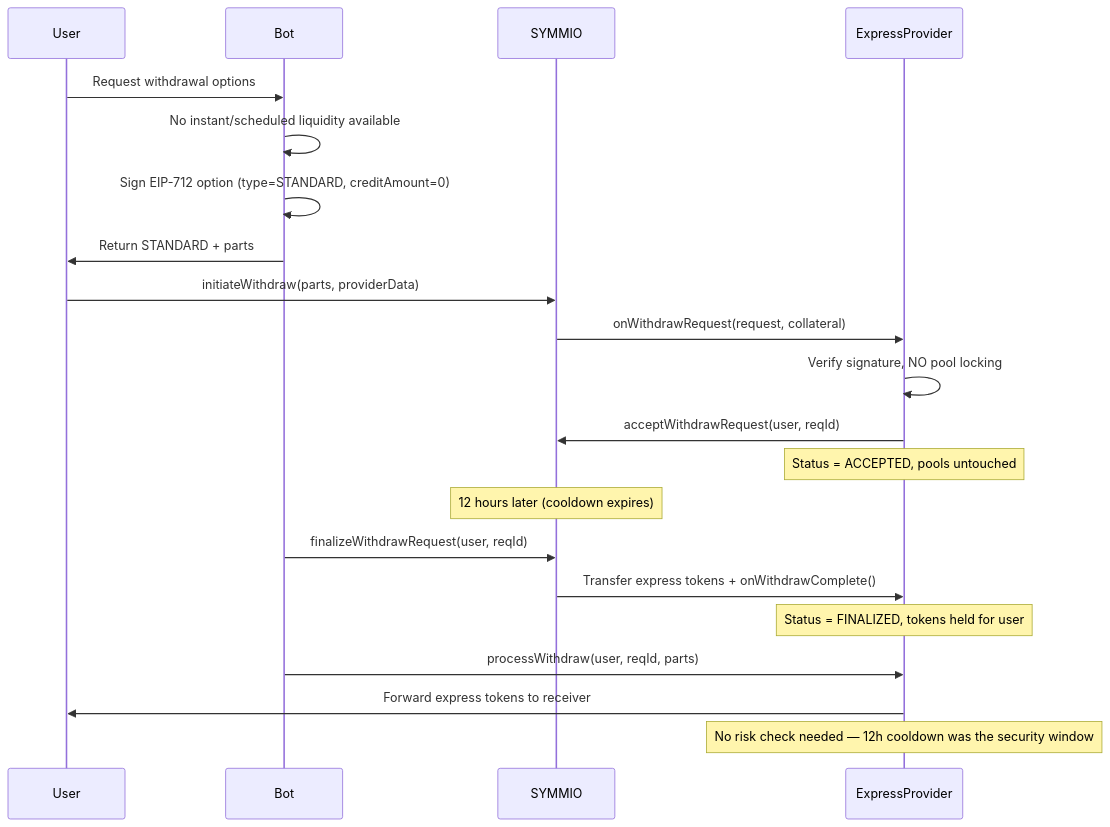
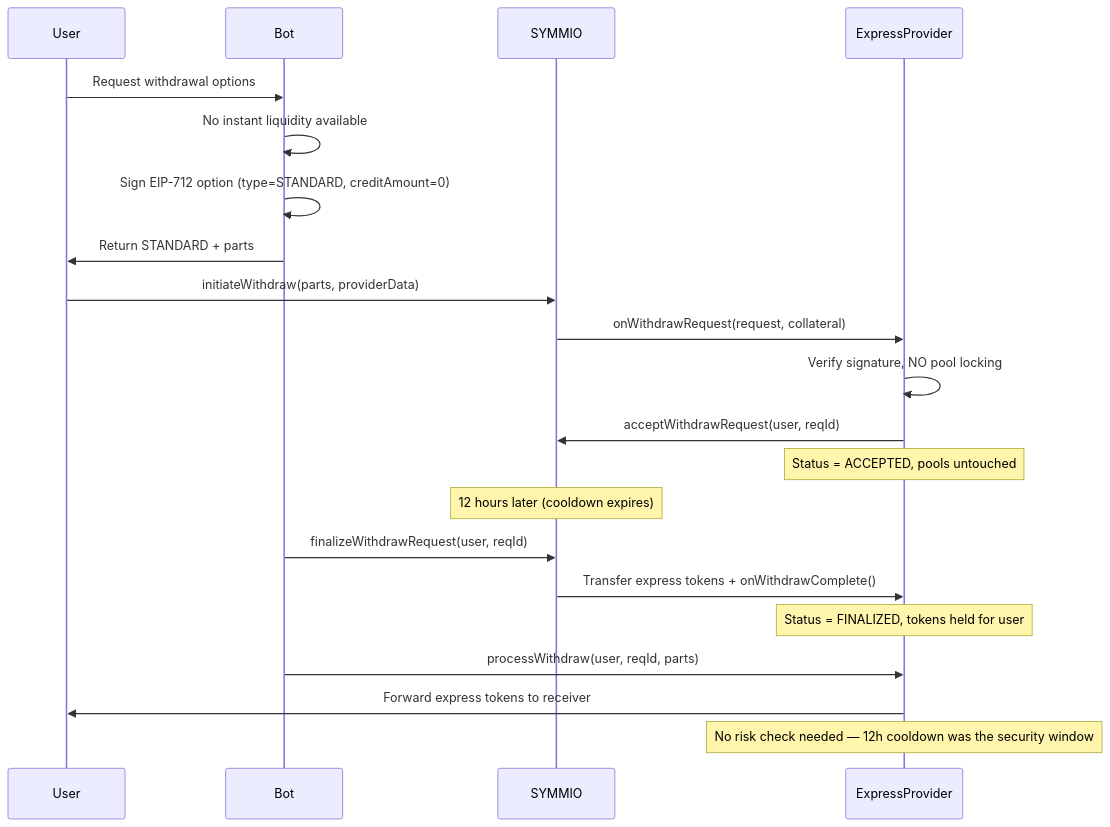
Before and after one commit to SYMM-IO/perps-core: the eighth of 15 diagrams in docs/v0.8.6/express-withdrawal-system-design.md, drawn with Mermaid. The commit also changed other lines of this file and 14 other files, not shown here.

````diff
--- a/docs/v0.8.6/express-withdrawal-system-design.md
+++ b/docs/v0.8.6/express-withdrawal-system-design.md
@@ -568,28 +524,28 @@
 ```mermaid
 sequenceDiagram
     participant User
     participant Bot
     participant SYMMIO
     participant Express as ExpressProvider
 
     User->>Bot: Request withdrawal options
-    Bot->>Bot: No instant/scheduled liquidity available
+    Bot->>Bot: No instant liquidity available
     Bot->>Bot: Sign EIP-712 option (type=STANDARD, creditAmount=0)
     Bot->>User: Return STANDARD + parts
 
     User->>SYMMIO: initiateWithdraw(parts, providerData)
     SYMMIO->>Express: onWithdrawRequest(request, collateral)
     Express->>Express: Verify signature, NO pool locking
     Express->>SYMMIO: acceptWithdrawRequest(user, reqId)
     Note over Express: Status = ACCEPTED, pools untouched
 
     Note over SYMMIO: 12 hours later (cooldown expires)
 
     Bot->>SYMMIO: finalizeWithdrawRequest(user, reqId)
     SYMMIO->>Express: Transfer express tokens + onWithdrawComplete()
     Note over Express: Status = FINALIZED, tokens held for user
 
     Bot->>Express: processWithdraw(user, reqId, parts)
     Express->>User: Forward express tokens to receiver
     Note over Express: No risk check needed — 12h cooldown was the security window
 ```
````
